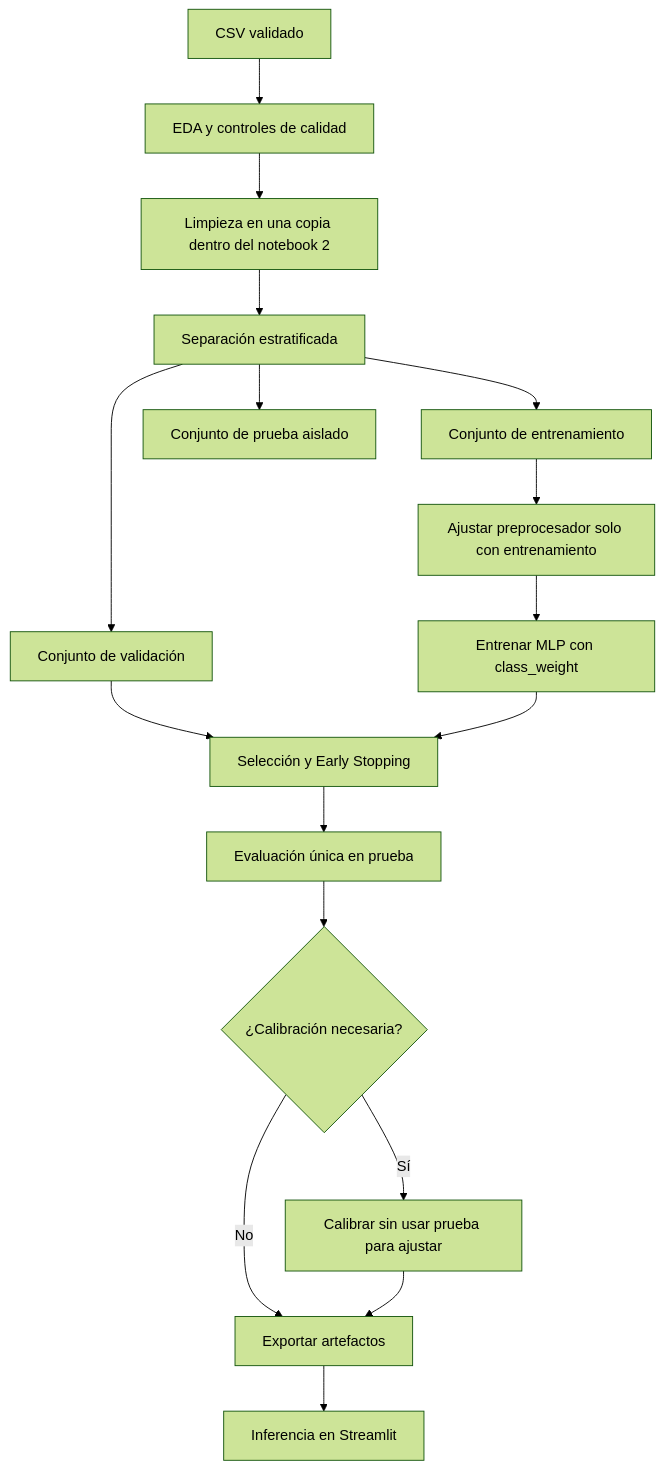
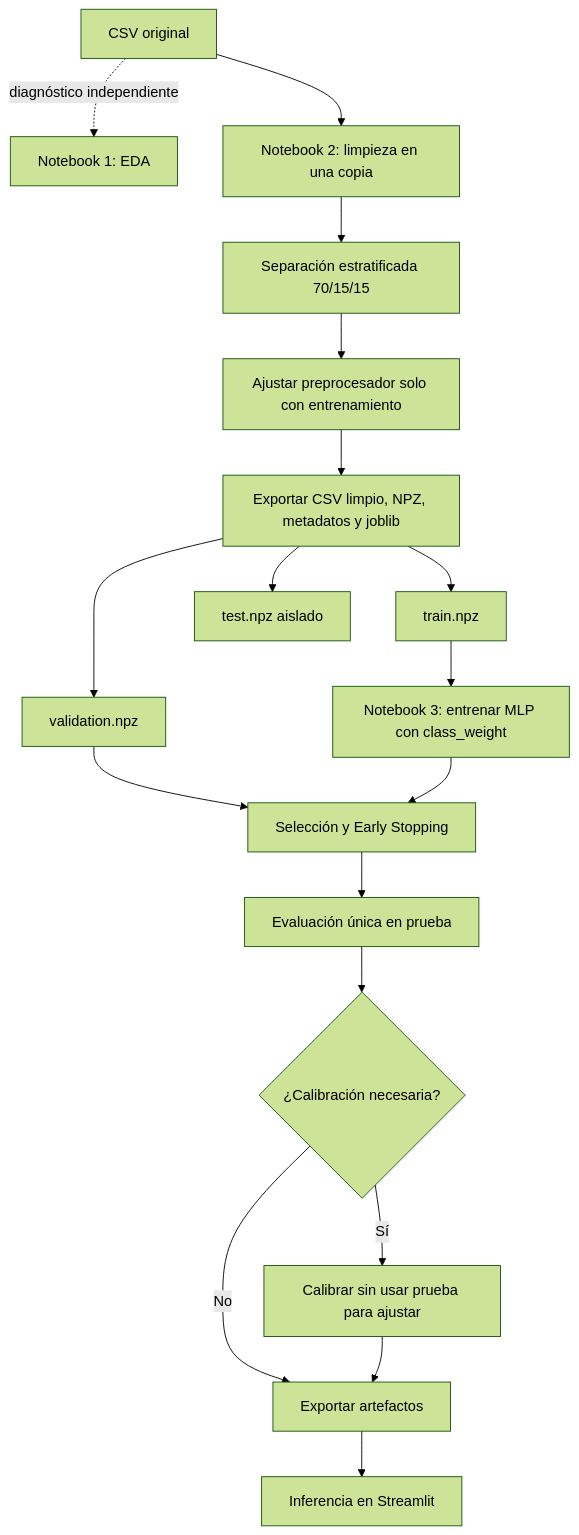
One commit to An2k24Dm/project-AI changed the diagram in docs/machine-learning.md. Above: the diagram before and after it, drawn with Mermaid (forest theme). The commit also changed other lines of this file and 14 other files, not shown here.

````diff
--- a/docs/machine-learning.md
+++ b/docs/machine-learning.md
@@ -31,19 +31,20 @@
 ```mermaid
 flowchart TD
-    A[CSV validado] --> B[EDA y controles de calidad]
-    B --> L[Limpieza en una copia dentro del notebook 2]
-    L --> C[Separación estratificada]
-    C --> D[Conjunto de entrenamiento]
-    C --> V[Conjunto de validación]
-    C --> T[Conjunto de prueba aislado]
-    D --> P[Ajustar preprocesador solo con entrenamiento]
-    P --> M[Entrenar MLP con class_weight]
+    A[CSV original] -. diagnóstico independiente .-> B[Notebook 1: EDA]
+    A --> L[Notebook 2: limpieza en una copia]
+    L --> C[Separación estratificada 70/15/15]
+    C --> P[Ajustar preprocesador solo con entrenamiento]
+    P --> R[Exportar CSV limpio, NPZ, metadatos y joblib]
+    R --> D[train.npz]
+    R --> V[validation.npz]
+    R --> T[test.npz aislado]
+    D --> M[Notebook 3: entrenar MLP con class_weight]
     V --> H[Selección y Early Stopping]
     M --> H
     H --> E[Evaluación única en prueba]
     E --> K{¿Calibración necesaria?}
     K -->|Sí| C2[Calibrar sin usar prueba para ajustar]
     K -->|No| X[Exportar artefactos]
     C2 --> X
     X --> O[Inferencia en Streamlit]
 ```
````
